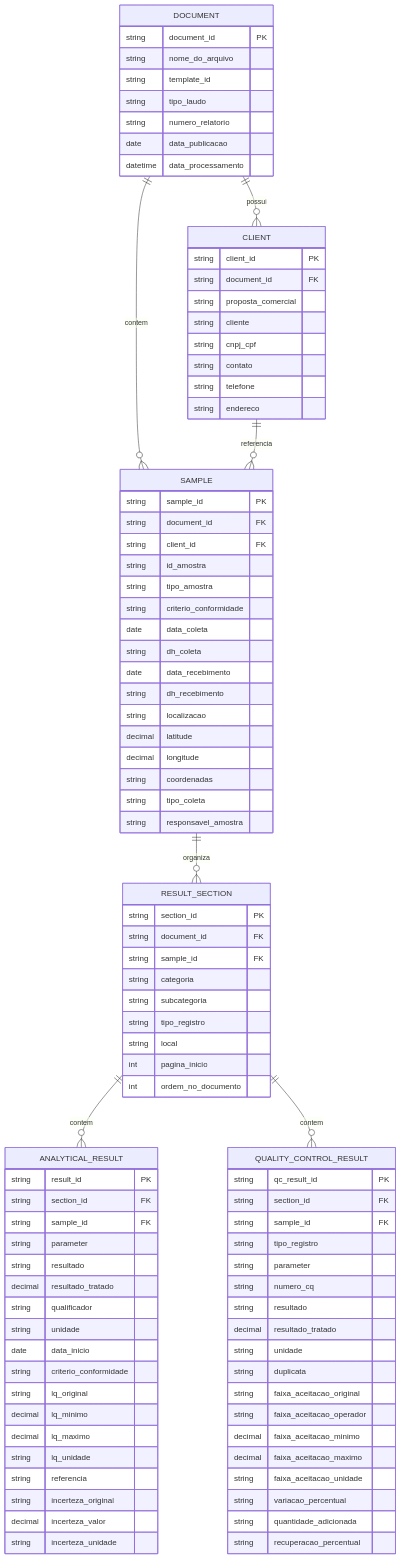
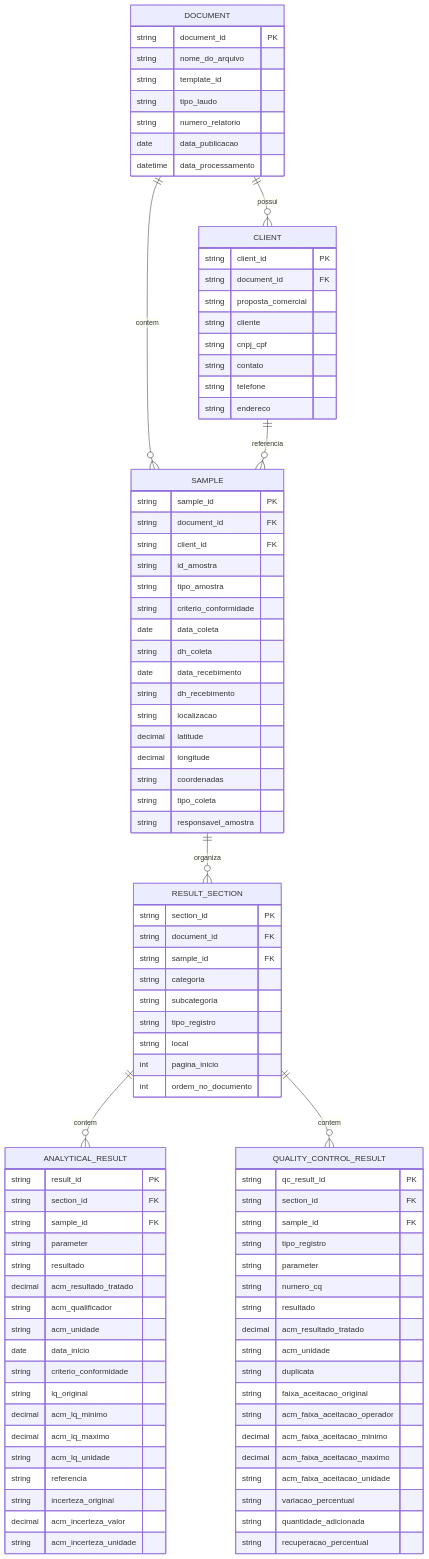
The diagram in docs/modelo_relacional_laudo_agua.md (FranciscoAecom/harpia-pdf-extraction), drawn with Mermaid before and after one commit. The commit also changed other lines of this file and 16 other files, not shown here.

```diff
--- a/docs/modelo_relacional_laudo_agua.md
+++ b/docs/modelo_relacional_laudo_agua.md
@@ -75,19 +75,19 @@
         string sample_id FK
         string parameter
         string resultado
-        decimal resultado_tratado
-        string qualificador
-        string unidade
+        decimal acm_resultado_tratado
+        string acm_qualificador
+        string acm_unidade
         date data_inicio
         string criterio_conformidade
         string lq_original
-        decimal lq_minimo
-        decimal lq_maximo
-        string lq_unidade
+        decimal acm_lq_minimo
+        decimal acm_lq_maximo
+        string acm_lq_unidade
         string referencia
         string incerteza_original
-        decimal incerteza_valor
-        string incerteza_unidade
+        decimal acm_incerteza_valor
+        string acm_incerteza_unidade
     }
 
     QUALITY_CONTROL_RESULT {
@@ -98,14 +98,14 @@
         string parameter
         string numero_cq
         string resultado
-        decimal resultado_tratado
-        string unidade
+        decimal acm_resultado_tratado
+        string acm_unidade
         string duplicata
         string faixa_aceitacao_original
-        string faixa_aceitacao_operador
-        decimal faixa_aceitacao_minimo
-        decimal faixa_aceitacao_maximo
-        string faixa_aceitacao_unidade
+        string acm_faixa_aceitacao_operador
+        decimal acm_faixa_aceitacao_minimo
+        decimal acm_faixa_aceitacao_maximo
+        string acm_faixa_aceitacao_unidade
         string variacao_percentual
         string quantidade_adicionada
         string recuperacao_percentual
```
